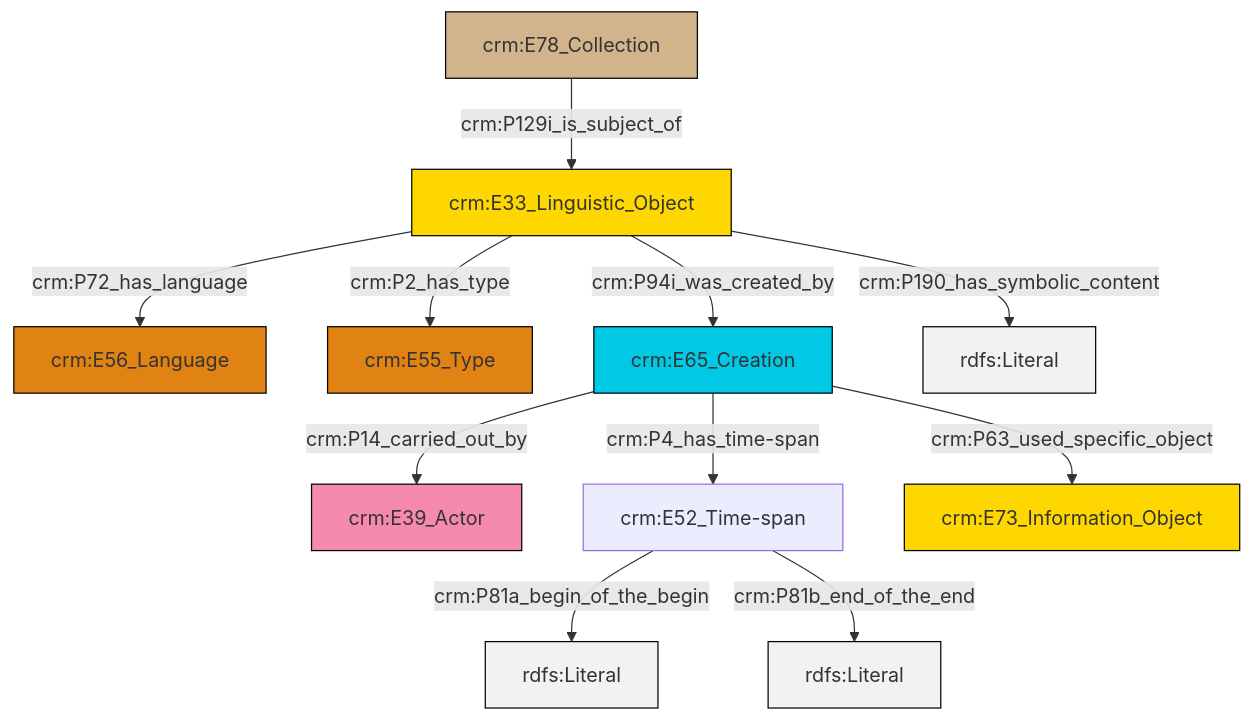
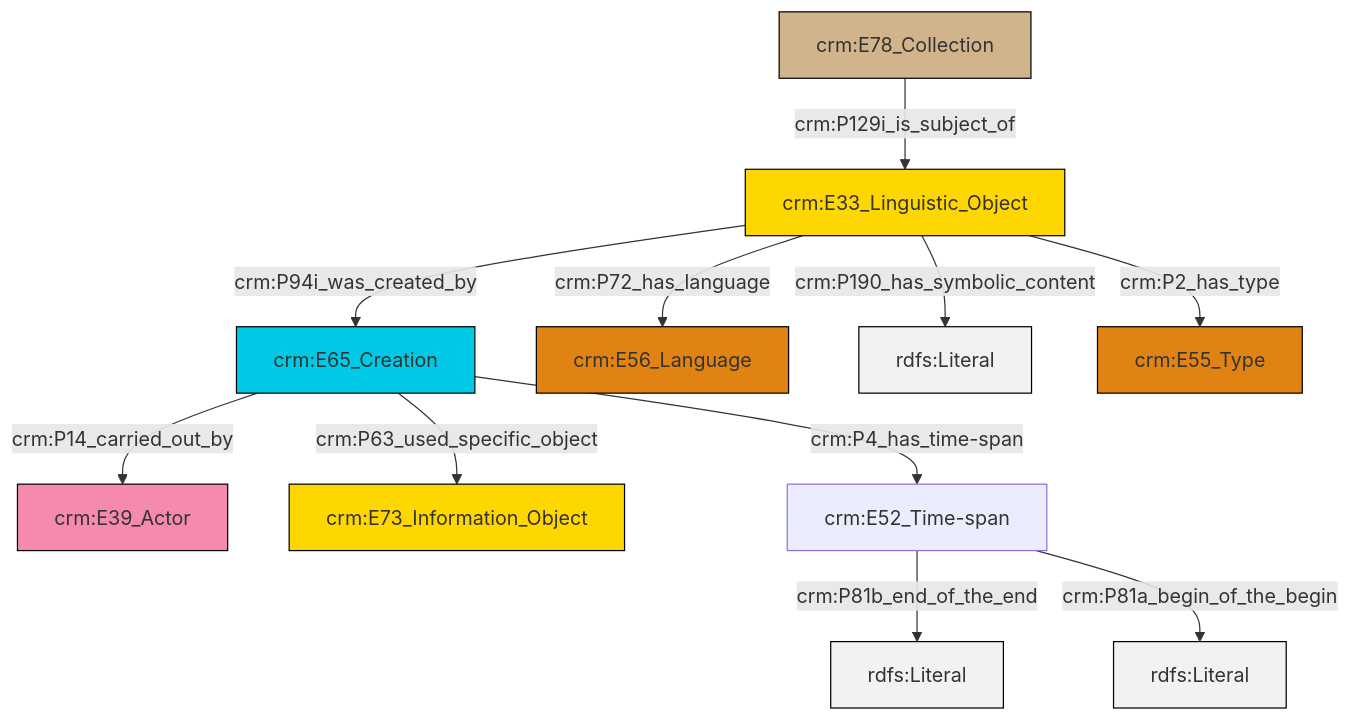
Before and after one commit to swiss-art-research-net/docs.swissartresearch: the diagram in et/archivalCSV/ttl/mmd/archival_desc.ttl.mmd, drawn with Mermaid. The commit also changed 174 other files, not shown here.

```diff
--- a/et/archivalCSV/ttl/mmd/archival_desc.ttl.mmd
+++ b/et/archivalCSV/ttl/mmd/archival_desc.ttl.mmd
@@ -1,25 +1,25 @@
 graph TD
 classDef Literal fill:#f2f2f2,stroke:#000000;
 classDef CRM_Entity fill:#FFFFFF,stroke:#000000;
 classDef Temporal_Entity fill:#00C9E6, stroke:#000000;
 classDef Type fill:#E18312, stroke:#000000;
 classDef Time-Span fill:#2C9C91, stroke:#000000;
 classDef Appellation fill:#FFEB7F, stroke:#000000;
 classDef Place fill:#008836, stroke:#000000;
 classDef Persistent_Item fill:#B266B2, stroke:#000000;
 classDef Conceptual_Object fill:#FFD700, stroke:#000000;
 classDef Physical_Thing fill:#D2B48C, stroke:#000000;
 classDef Actor fill:#f58aad, stroke:#000000;
 classDef PC_Classes fill:#4ce600, stroke:#000000;
 classDef Multi fill:#cccccc,stroke:#000000;
 
-2["crm:E33_Linguistic_Object"]:::Conceptual_Object -->|crm:P72_has_language| 3["crm:E56_Language"]:::Type
-7["crm:E52_Time-span"]:::Default -->|crm:P81a_begin_of_the_begin| 8[rdfs:Literal]:::Literal
-9["crm:E78_Collection"]:::Physical_Thing -->|crm:P129i_is_subject_of| 2["crm:E33_Linguistic_Object"]:::Conceptual_Object
-12["crm:E65_Creation"]:::Temporal_Entity -->|crm:P63_used_specific_object| 13["crm:E73_Information_Object"]:::Conceptual_Object
-12["crm:E65_Creation"]:::Temporal_Entity -->|crm:P14_carried_out_by| 0["crm:E39_Actor"]:::Actor
-2["crm:E33_Linguistic_Object"]:::Conceptual_Object -->|crm:P94i_was_created_by| 12["crm:E65_Creation"]:::Temporal_Entity
-7["crm:E52_Time-span"]:::Default -->|crm:P81b_end_of_the_end| 15[rdfs:Literal]:::Literal
-12["crm:E65_Creation"]:::Temporal_Entity -->|crm:P4_has_time-span| 7["crm:E52_Time-span"]:::Default
-2["crm:E33_Linguistic_Object"]:::Conceptual_Object -->|crm:P2_has_type| 5["crm:E55_Type"]:::Type
-2["crm:E33_Linguistic_Object"]:::Conceptual_Object -->|crm:P190_has_symbolic_content| 18[rdfs:Literal]:::Literal
+0["crm:E33_Linguistic_Object"]:::Conceptual_Object -->|crm:P94i_was_created_by| 1["crm:E65_Creation"]:::Temporal_Entity
+1["crm:E65_Creation"]:::Temporal_Entity -->|crm:P14_carried_out_by| 2["crm:E39_Actor"]:::Actor
+0["crm:E33_Linguistic_Object"]:::Conceptual_Object -->|crm:P72_has_language| 3["crm:E56_Language"]:::Type
+1["crm:E65_Creation"]:::Temporal_Entity -->|crm:P63_used_specific_object| 7["crm:E73_Information_Object"]:::Conceptual_Object
+0["crm:E33_Linguistic_Object"]:::Conceptual_Object -->|crm:P190_has_symbolic_content| 8[rdfs:Literal]:::Literal
+0["crm:E33_Linguistic_Object"]:::Conceptual_Object -->|crm:P2_has_type| 10["crm:E55_Type"]:::Type
+1["crm:E65_Creation"]:::Temporal_Entity -->|crm:P4_has_time-span| 11["crm:E52_Time-span"]:::Default
+11["crm:E52_Time-span"]:::Default -->|crm:P81b_end_of_the_end| 13[rdfs:Literal]:::Literal
+5["crm:E78_Collection"]:::Physical_Thing -->|crm:P129i_is_subject_of| 0["crm:E33_Linguistic_Object"]:::Conceptual_Object
+11["crm:E52_Time-span"]:::Default -->|crm:P81a_begin_of_the_begin| 17[rdfs:Literal]:::Literal
```
